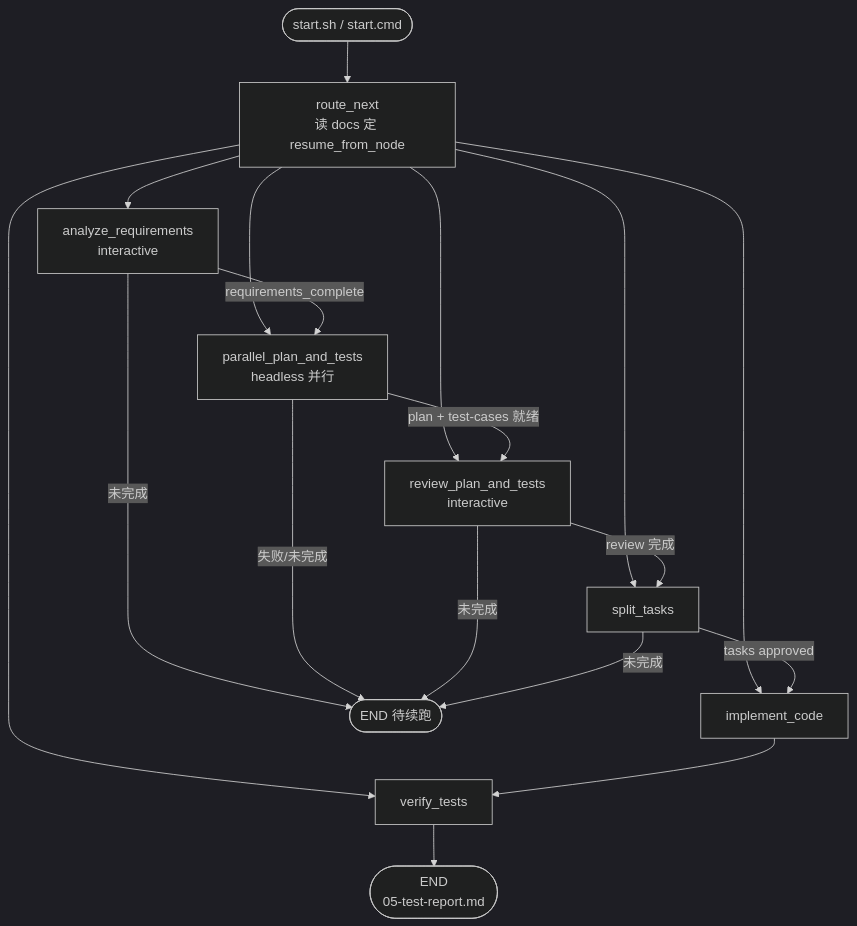
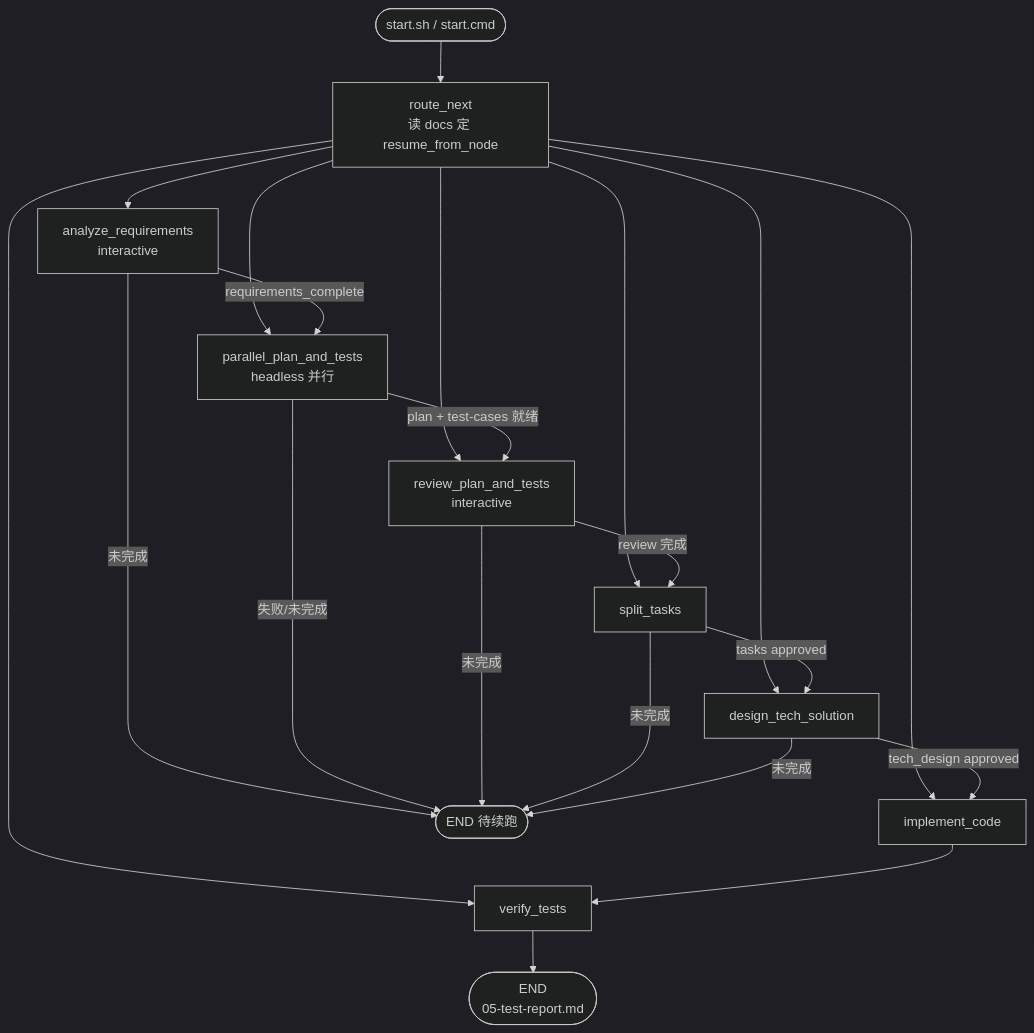
One commit to BeyondNothing/loop-ai-sdd-workflow-with-ui changed the diagram in README.md. Above: the diagram before and after it, drawn with Mermaid (dark theme). The commit also changed other lines of this file and 21 other files, not shown here.

First line of the commit message:
Add tech solution node between task split and implementation.

````diff
--- a/README.md
+++ b/README.md
@@ -222,25 +222,29 @@
 ```mermaid
 flowchart TD
     START([start.sh / start.cmd]) --> ROUTE[route_next<br/>读 docs 定 resume_from_node]
     ROUTE --> A[analyze_requirements<br/>interactive]
     ROUTE --> P[parallel_plan_and_tests<br/>headless 并行]
     ROUTE --> R[review_plan_and_tests<br/>interactive]
     ROUTE --> T[split_tasks]
+    ROUTE --> TD[design_tech_solution]
     ROUTE --> I[implement_code]
     ROUTE --> V[verify_tests]
 
     A -->|requirements_complete| P
     A -->|未完成| PAUSE([END 待续跑])
 
     P -->|plan + test-cases 就绪| R
     P -->|失败/未完成| PAUSE
 
     R -->|review 完成| T
     R -->|未完成| PAUSE
 
-    T -->|tasks approved| I
+    T -->|tasks approved| TD
     T -->|未完成| PAUSE
+
+    TD -->|tech_design approved| I
+    TD -->|未完成| PAUSE
 
     I --> V
     V --> DONE([END<br/>05-test-report.md])
 ```
````
